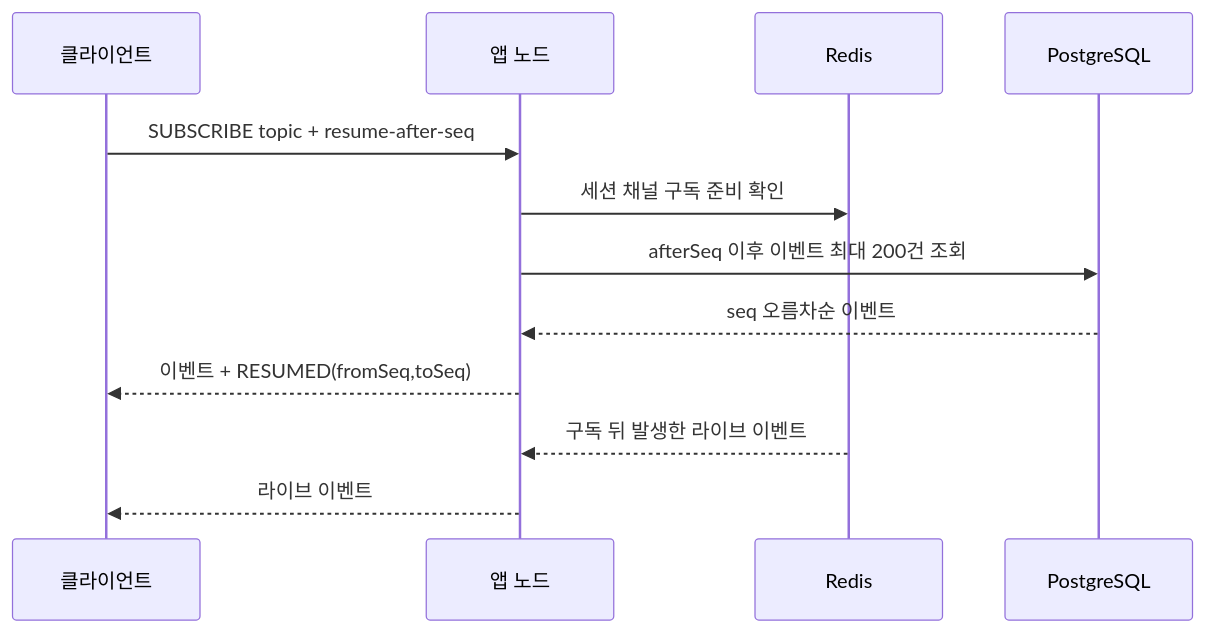
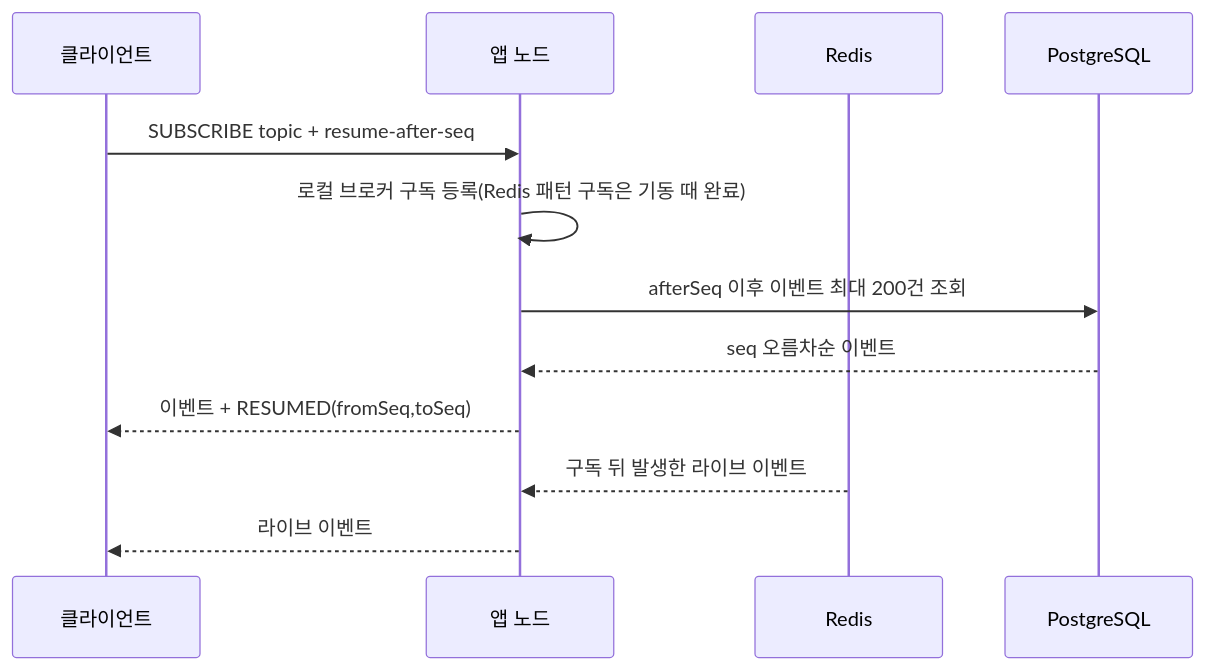
The second of 3 diagrams in docs/consistency-and-restore.md (juwonlee-dev/event-based-chat), drawn with Mermaid before and after one commit. The commit also changed other lines of this file and 9 other files, not shown here.

````diff
--- a/docs/consistency-and-restore.md
+++ b/docs/consistency-and-restore.md
@@ -91,14 +91,14 @@
 ```mermaid
 sequenceDiagram
  participant C as 클라이언트
  participant A as 앱 노드
  participant R as Redis
  participant D as PostgreSQL
  C->>A: SUBSCRIBE topic + resume-after-seq
- A->>R: 세션 채널 구독 준비 확인
+ A->>A: 로컬 브로커 구독 등록(Redis 패턴 구독은 기동 때 완료)
  A->>D: afterSeq 이후 이벤트 최대 200건 조회
  D-->>A: seq 오름차순 이벤트
  A-->>C: 이벤트 + RESUMED(fromSeq,toSeq)
  R-->>A: 구독 뒤 발생한 라이브 이벤트
  A-->>C: 라이브 이벤트
 ```
````
